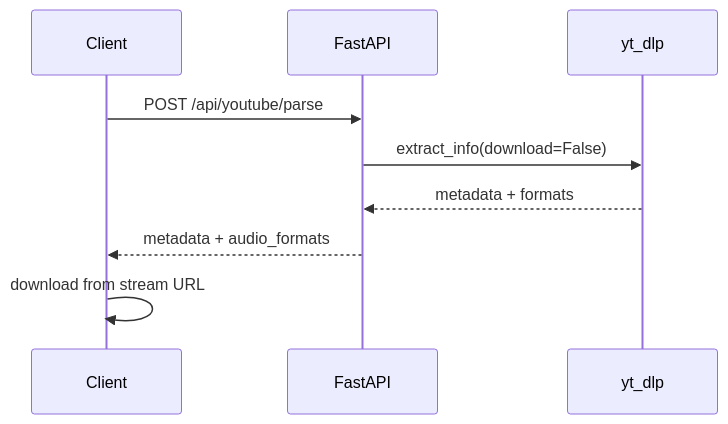
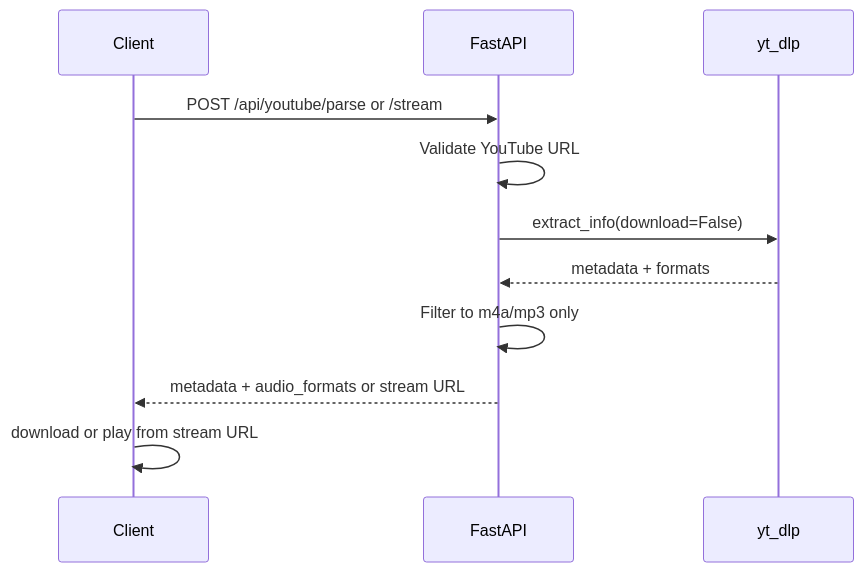
Before and after one commit to proniraj/music-downloader-server: the diagram in README.md, drawn with Mermaid. The commit also changed other lines of this file, not shown here.

First line of the commit message:
Update README.md for improved setup instructions and API details

````diff
--- a/README.md
+++ b/README.md
@@ -267,12 +367,14 @@
 ```mermaid
 sequenceDiagram
     participant App as Client
     participant API as FastAPI
     participant YTDLP as yt_dlp
 
-    App->>API: POST /api/youtube/parse
+    App->>API: POST /api/youtube/parse or /stream
+    API->>API: Validate YouTube URL
     API->>YTDLP: extract_info(download=False)
     YTDLP-->>API: metadata + formats
-    API-->>App: metadata + audio_formats
-    App->>App: download from stream URL
+    API->>API: Filter to m4a/mp3 only
+    API-->>App: metadata + audio_formats or stream URL
+    App->>App: download or play from stream URL
 ```
````
